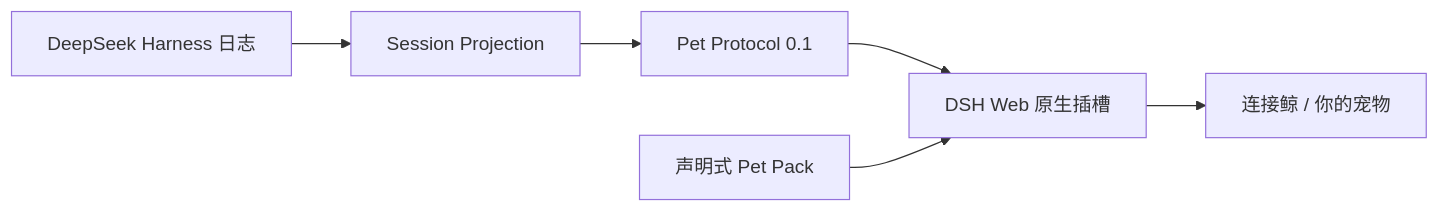
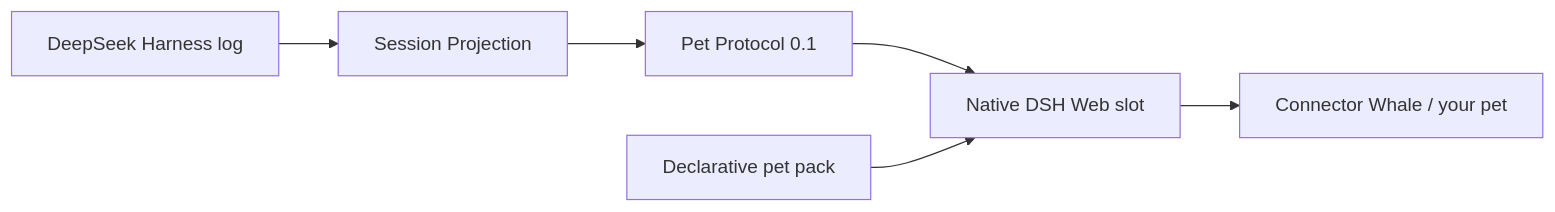
Before and after one commit to yusanwen-code/dsh-pet: the diagram in README.md, drawn with Mermaid. The commit also changed other lines of this file and 1 other file, not shown here.

````diff
--- a/README.md
+++ b/README.md
@@ -100,8 +104,8 @@
 ```mermaid
 flowchart LR
-  A[DeepSeek Harness 日志] --> B[Session Projection]
+  A[DeepSeek Harness log] --> B[Session Projection]
   B --> C[Pet Protocol 0.1]
-  C --> D[DSH Web 原生插槽]
-  E[声明式 Pet Pack] --> D
-  D --> F[连接鲸 / 你的宠物]
+  C --> D[Native DSH Web slot]
+  E[Declarative pet pack] --> D
+  D --> F[Connector Whale / your pet]
 ```
````
